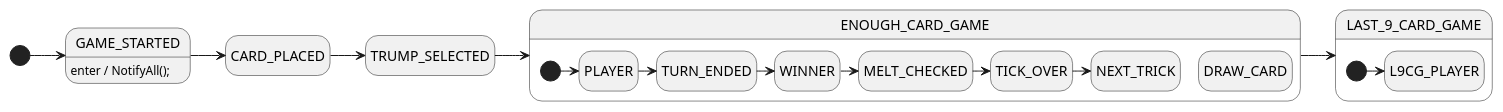
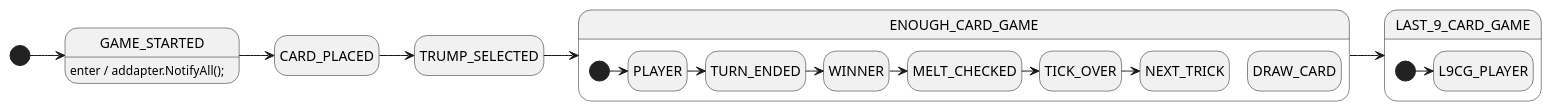
Before and after one commit to shefat2002/BeziqueCore: the diagram in BeziqueCore/BeziqueGame.puml, drawn with PlantUML. The commit also changed 48 other files, not shown here.

```diff
--- a/BeziqueCore/BeziqueGame.puml
+++ b/BeziqueCore/BeziqueGame.puml
@@ -1,49 +1,49 @@
 @startuml
 
 /'! $CONFIG : toml
 SmRunnerSettings.transpilerId = "CSharp"
 '/
 
 hide empty description
 
 state GAME_STARTED {
-    GAME_STARTED: enter / NotifyAll();
+    GAME_STARTED: enter / addapter.NotifyAll();
 }
 state CARD_PLACED
 state TRUMP_SELECTED
 
 state ENOUGH_CARD_GAME{
     state PLAYER
     state TURN_ENDED
     state WINNER
     state MELT_CHECKED
     state TICK_OVER
     state NEXT_TRICK
     state DRAW_CARD
     
     [*] -> PLAYER
     PLAYER -> TURN_ENDED
     TURN_ENDED -> WINNER
     WINNER -> MELT_CHECKED
     MELT_CHECKED -> TICK_OVER
     TICK_OVER -> NEXT_TRICK
     
 }
 
 state LAST_9_CARD_GAME{
     state L9CG_PLAYER 
     [*] -> L9CG_PLAYER
 }
 
 [*] -> GAME_STARTED
 GAME_STARTED -> CARD_PLACED
 CARD_PLACED -> TRUMP_SELECTED
 TRUMP_SELECTED -> ENOUGH_CARD_GAME
 ENOUGH_CARD_GAME -> LAST_9_CARD_GAME
 
 
 
 
 
 
 @enduml
```
